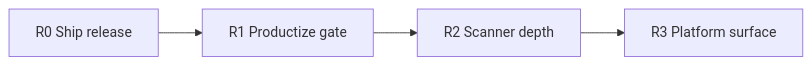
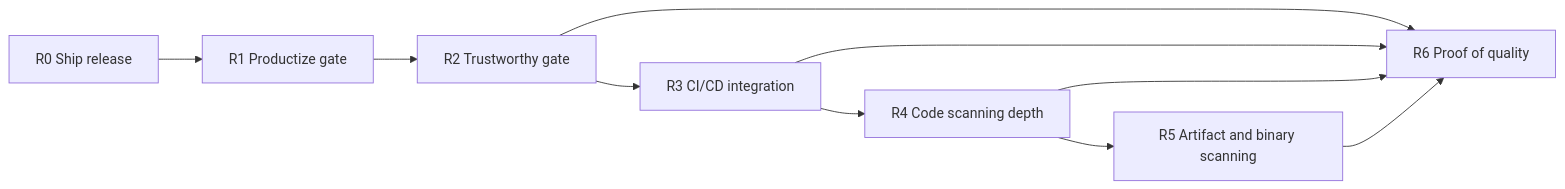
The diagram in docs/roadmap.md (cozyGarage/sentinelflow), drawn with Mermaid before and after one commit. The commit also changed other lines of this file and 94 other files, not shown here.

First line of the commit message:
feat: R2–R6 robustness — trustworthy CI gate, adapters, artifacts

````diff
--- a/docs/roadmap.md
+++ b/docs/roadmap.md
@@ -5,8 +5,15 @@
 ```mermaid
 flowchart LR
   r0[R0 Ship release]
   r1[R1 Productize gate]
-  r2[R2 Scanner depth]
-  r3[R3 Platform surface]
-  r0 --> r1 --> r2 --> r3
+  r2[R2 Trustworthy gate]
+  r3[R3 CI/CD integration]
+  r4[R4 Code scanning depth]
+  r5[R5 Artifact and binary scanning]
+  r6[R6 Proof of quality]
+  r0 --> r1 --> r2 --> r3 --> r4 --> r5
+  r2 --> r6
+  r3 --> r6
+  r4 --> r6
+  r5 --> r6
 ```
````
